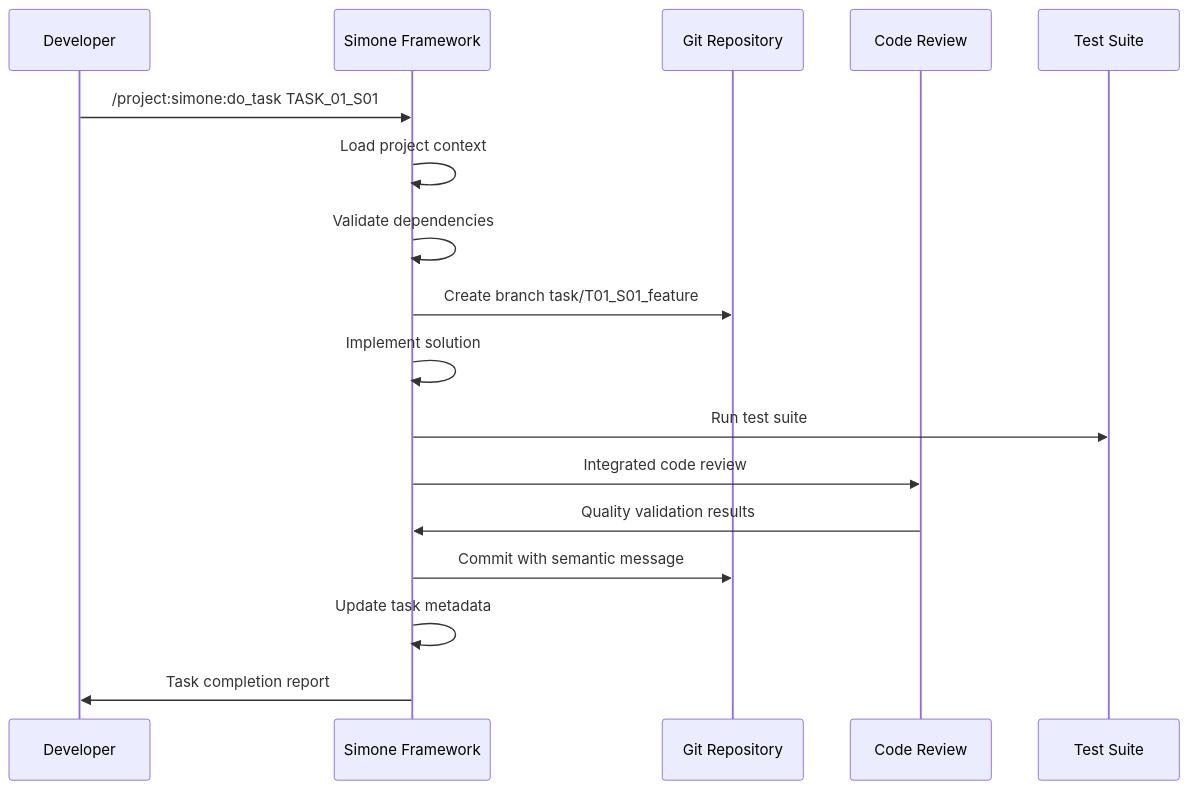
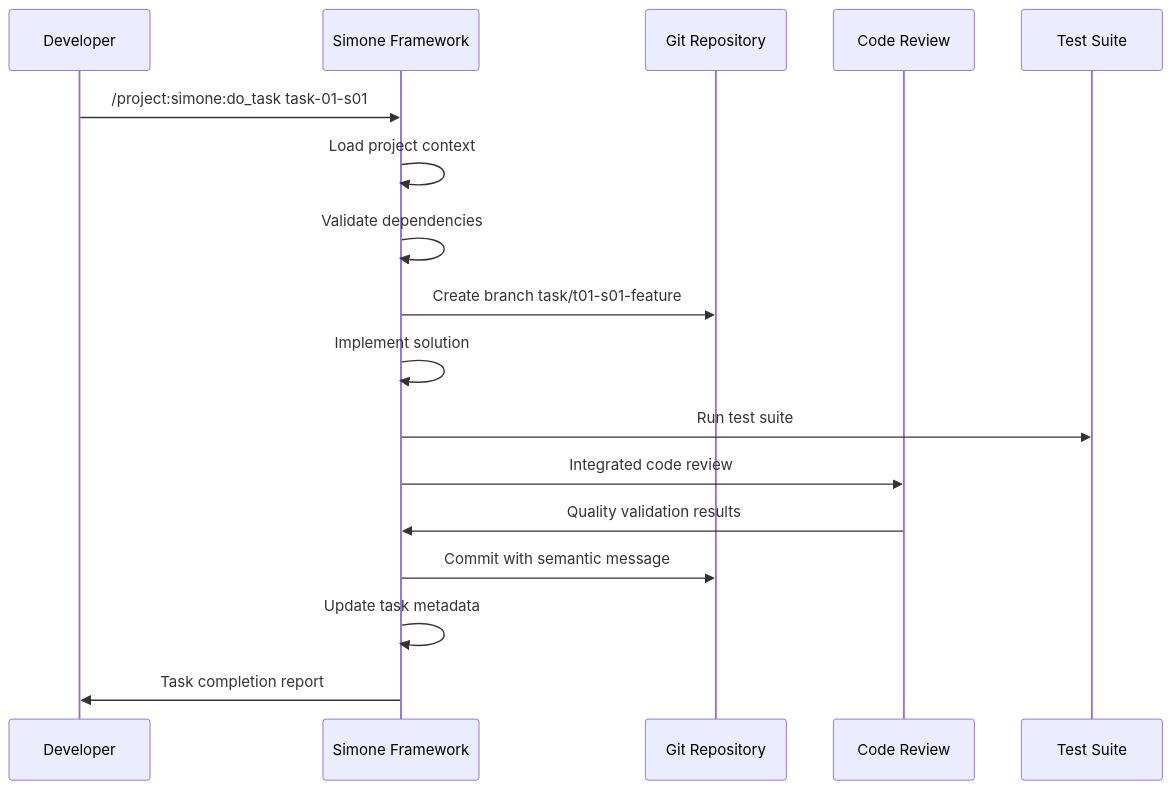
The second of 2 diagrams in docs/workflows/sprint-execution.md (steig/claude-steig), drawn with Mermaid before and after one commit. The commit also changed other lines of this file and 20 other files, not shown here.

````diff
--- a/docs/workflows/sprint-execution.md
+++ b/docs/workflows/sprint-execution.md
@@ -143,20 +143,20 @@
 ```mermaid
 sequenceDiagram
     participant Dev as Developer
     participant Simone as Simone Framework
     participant Git as Git Repository
     participant Review as Code Review
     participant Tests as Test Suite
     
-    Dev->>Simone: /project:simone:do_task TASK_01_S01
+    Dev->>Simone: /project:simone:do_task task-01-s01
     Simone->>Simone: Load project context
     Simone->>Simone: Validate dependencies
-    Simone->>Git: Create branch task/T01_S01_feature
+    Simone->>Git: Create branch task/t01-s01-feature
     Simone->>Simone: Implement solution
     Simone->>Tests: Run test suite
     Simone->>Review: Integrated code review
     Review->>Simone: Quality validation results
     Simone->>Git: Commit with semantic message
     Simone->>Simone: Update task metadata
     Simone->>Dev: Task completion report
 ```
````
